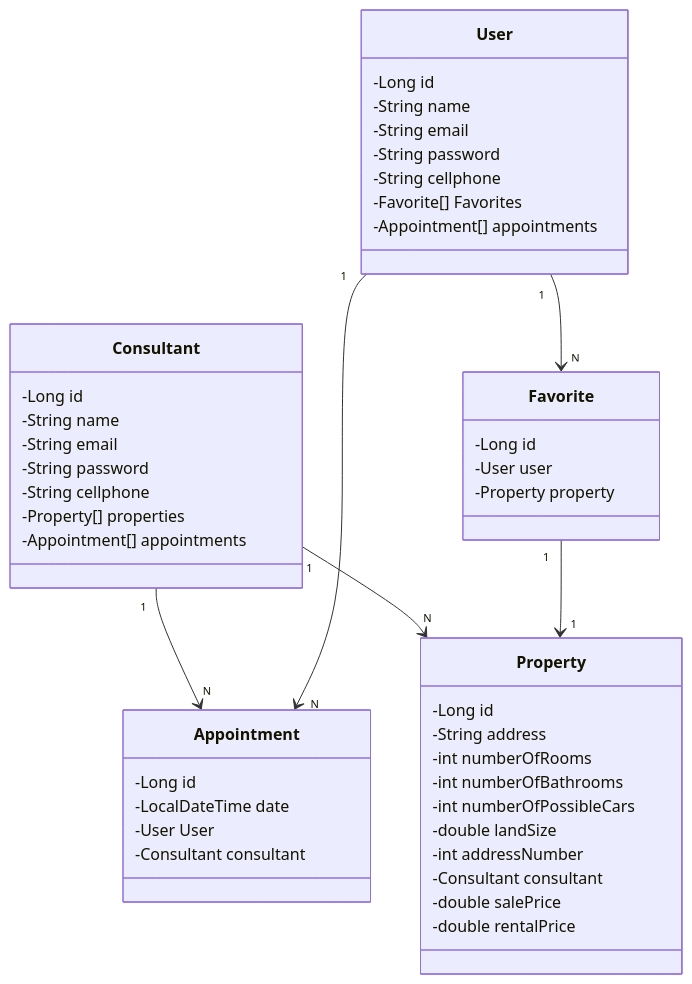
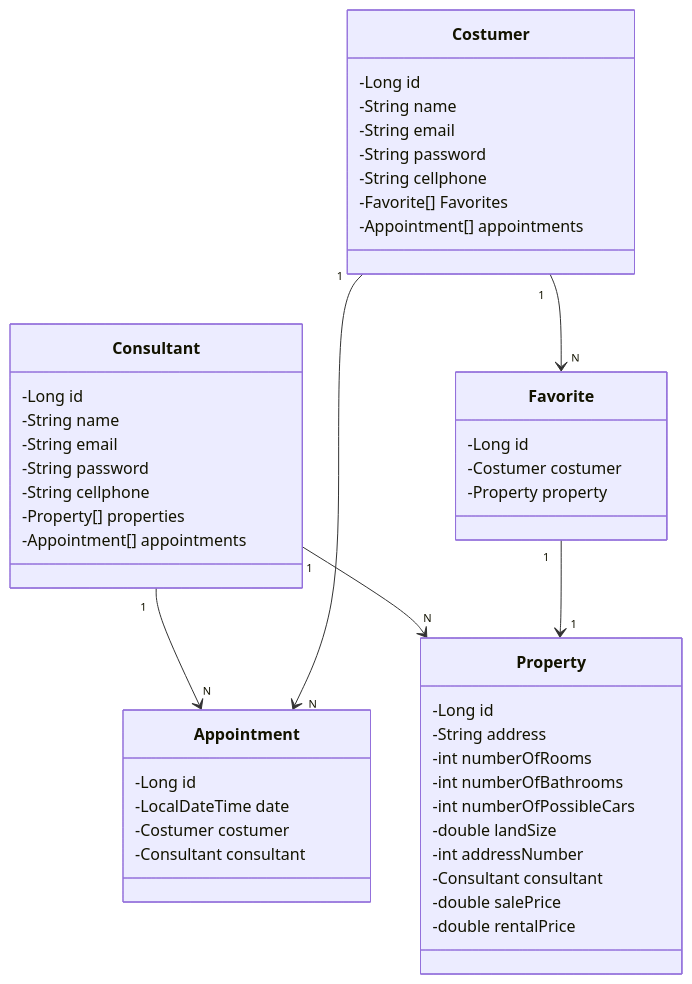
The diagram in README.md (joaovitor-ma/imoveis-sa-api), drawn with Mermaid before and after one commit.

Commit message:
fix: Mudando classe User para Costumer

````diff
--- a/README.md
+++ b/README.md
@@ -32,54 +32,54 @@
 ```mermaid
 classDiagram
-    class User {
+    class Costumer {
         -Long id
         -String name
         -String email
         -String password
         -String cellphone
         -Favorite[] Favorites
         -Appointment[] appointments
     }
 
     class Consultant {
         -Long id
         -String name
         -String email
         -String password
         -String cellphone
         -Property[] properties
         -Appointment[] appointments
     }
 
     class Property {
         -Long id
         -String address
         -int numberOfRooms
         -int numberOfBathrooms
         -int numberOfPossibleCars
         -double landSize
         -int addressNumber
         -Consultant consultant
         -double salePrice
         -double rentalPrice
     }
 
     class Appointment {
         -Long id
         -LocalDateTime date
-        -User User
+        -Costumer costumer
         -Consultant consultant
     }
 
     class Favorite {
         -Long id
-        -User user
+        -Costumer costumer
         -Property property
     }
 
     Consultant "1" --> "N" Property
     Consultant "1" --> "N" Appointment
-    User "1" --> "N" Appointment
-    User "1" --> "N" Favorite
+    Costumer "1" --> "N" Appointment
+    Costumer "1" --> "N" Favorite
     Favorite "1" --> "1" Property
 ```
````
